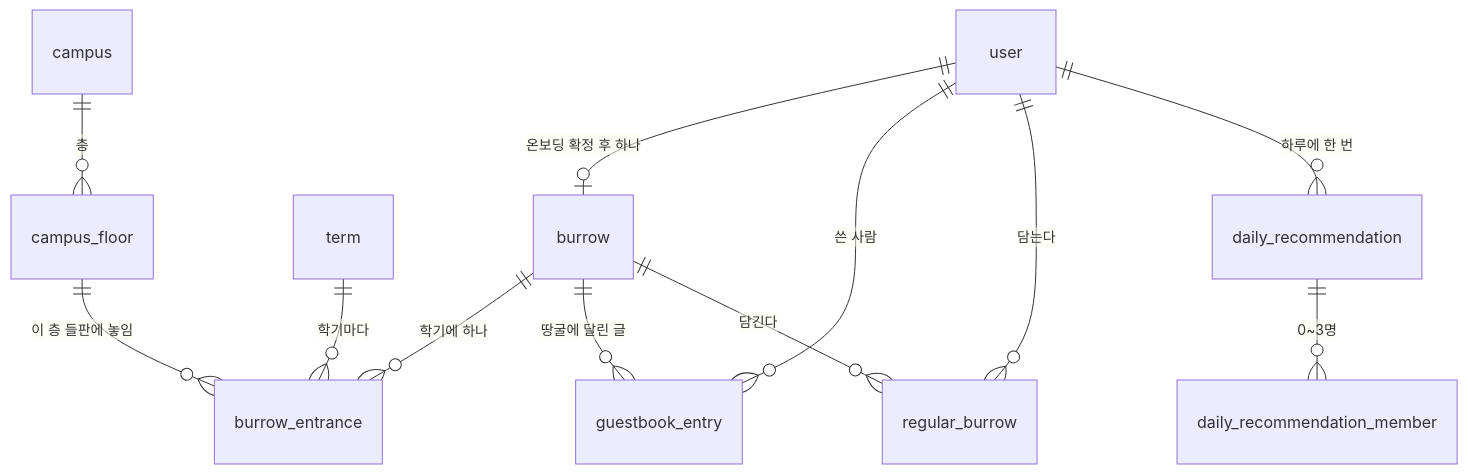
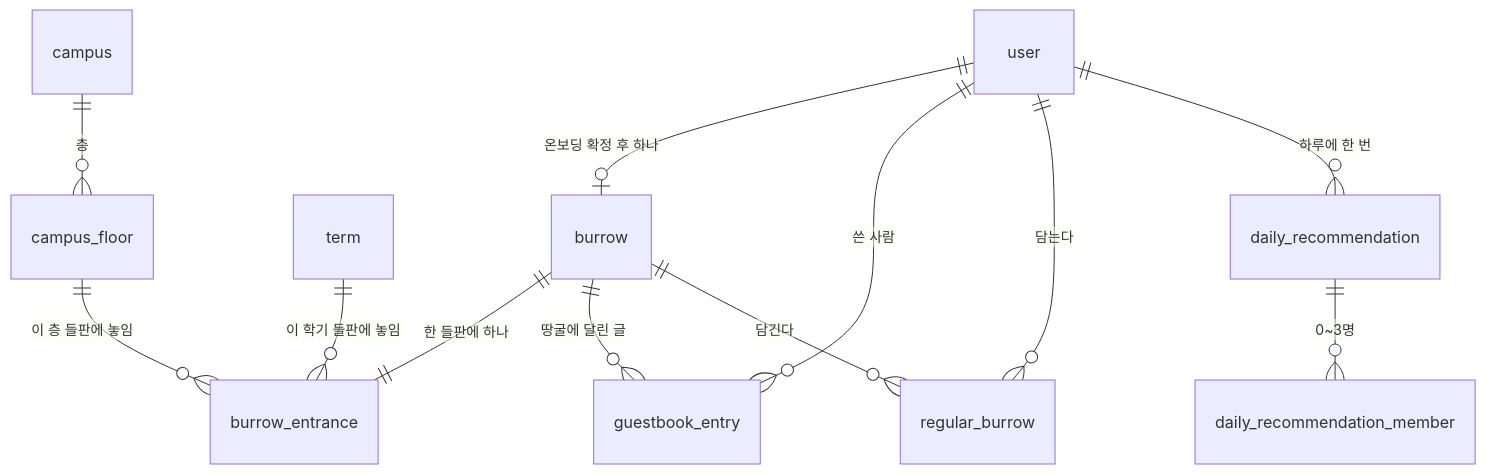
One commit to it-ting-team/it-ting changed the diagram in docs/db/burrow.md. Above: the diagram before and after it, drawn with Mermaid. The commit also changed other lines of this file and 6 other files, not shown here.

````diff
--- a/docs/db/burrow.md
+++ b/docs/db/burrow.md
@@ -5,14 +5,14 @@
 ```mermaid
 erDiagram
     campus ||--o{ campus_floor : "층"
-    term ||--o{ burrow_entrance : "학기마다"
+    term ||--o{ burrow_entrance : "이 학기 들판에 놓임"
     campus_floor ||--o{ burrow_entrance : "이 층 들판에 놓임"
     user ||--o| burrow : "온보딩 확정 후 하나"
-    burrow ||--o{ burrow_entrance : "학기에 하나"
+    burrow ||--|| burrow_entrance : "한 들판에 하나"
     burrow ||--o{ guestbook_entry : "땅굴에 달린 글"
     user ||--o{ guestbook_entry : "쓴 사람"
     user ||--o{ regular_burrow : "담는다"
     burrow ||--o{ regular_burrow : "담긴다"
     user ||--o{ daily_recommendation : "하루에 한 번"
     daily_recommendation ||--o{ daily_recommendation_member : "0~3명"
 ```
````
